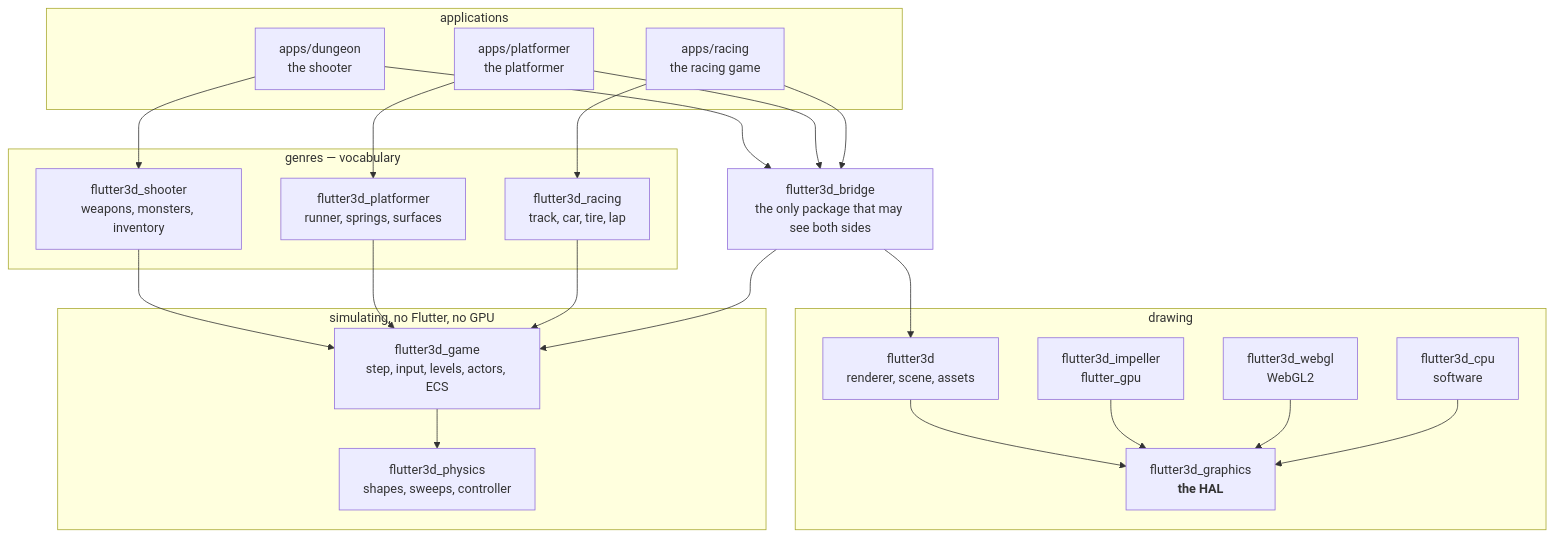
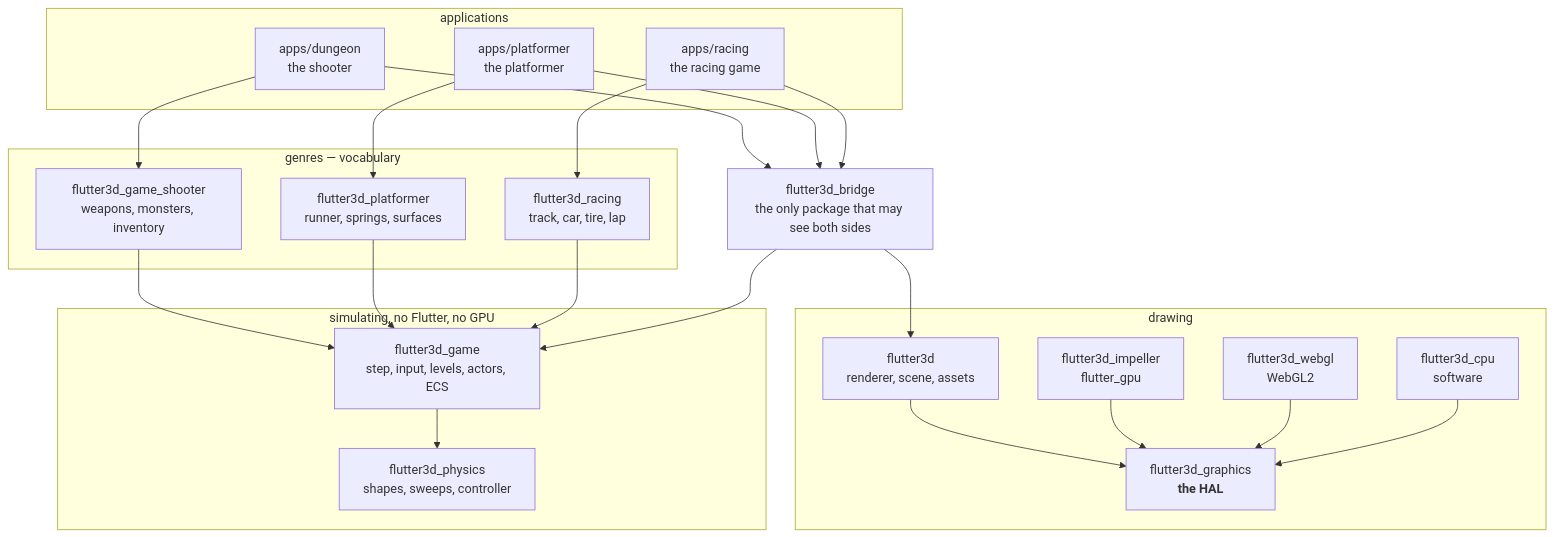
The diagram in site/content/index.md (pleiondev/flutter3d), drawn with Mermaid before and after one commit. The commit also changed other lines of this file and 90 other files, not shown here.

First line of the commit message:
flutter3d_shooter is flutter3d_game_shooter

````diff
--- a/site/content/index.md
+++ b/site/content/index.md
@@ -76,42 +76,42 @@
 ```mermaid
 flowchart TB
   subgraph app["applications"]
     dungeon["apps/dungeon<br>the shooter"]
     platformer["apps/platformer<br>the platformer"]
     racing["apps/racing<br>the racing game"]
   end
 
   subgraph genre["genres — vocabulary"]
-    shooter["flutter3d_shooter<br>weapons, monsters, inventory"]
+    shooter["flutter3d_game_shooter<br>weapons, monsters, inventory"]
     plat["flutter3d_platformer<br>runner, springs, surfaces"]
     race["flutter3d_racing<br>track, car, tire, lap"]
   end
 
   bridge["flutter3d_bridge<br>the only package that may see both sides"]
 
   subgraph draw["drawing"]
     f3d["flutter3d<br>renderer, scene, assets"]
     gfx["flutter3d_graphics<br><b>the HAL</b>"]
     impeller["flutter3d_impeller<br>flutter_gpu"]
     webgl["flutter3d_webgl<br>WebGL2"]
     cpu["flutter3d_cpu<br>software"]
   end
 
   subgraph sim["simulating, no Flutter, no GPU"]
     game["flutter3d_game<br>step, input, levels, actors, ECS"]
     physics["flutter3d_physics<br>shapes, sweeps, controller"]
   end
 
   dungeon --> shooter & bridge
   platformer --> plat & bridge
   racing --> race & bridge
   shooter --> game
   plat --> game
   race --> game
   bridge --> f3d & game
   f3d --> gfx
   impeller --> gfx
   webgl --> gfx
   cpu --> gfx
   game --> physics
 ```
````
